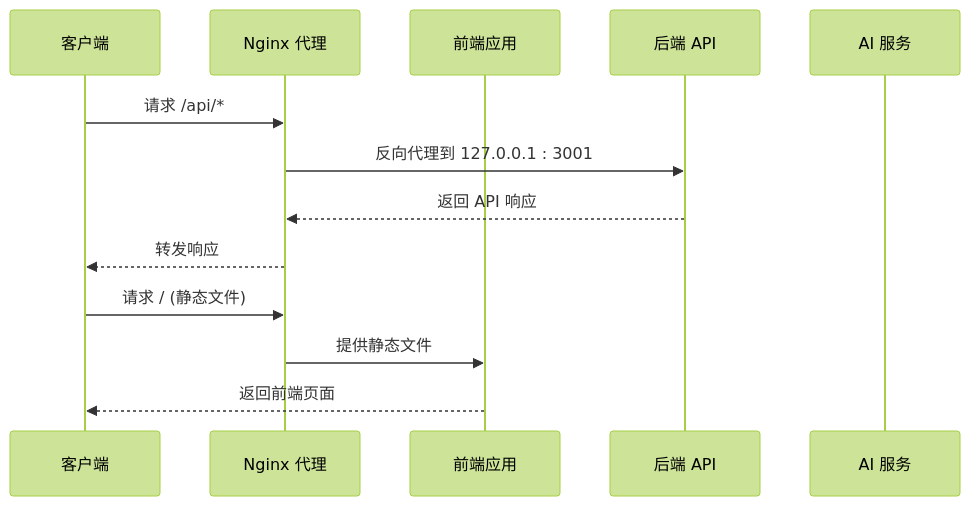
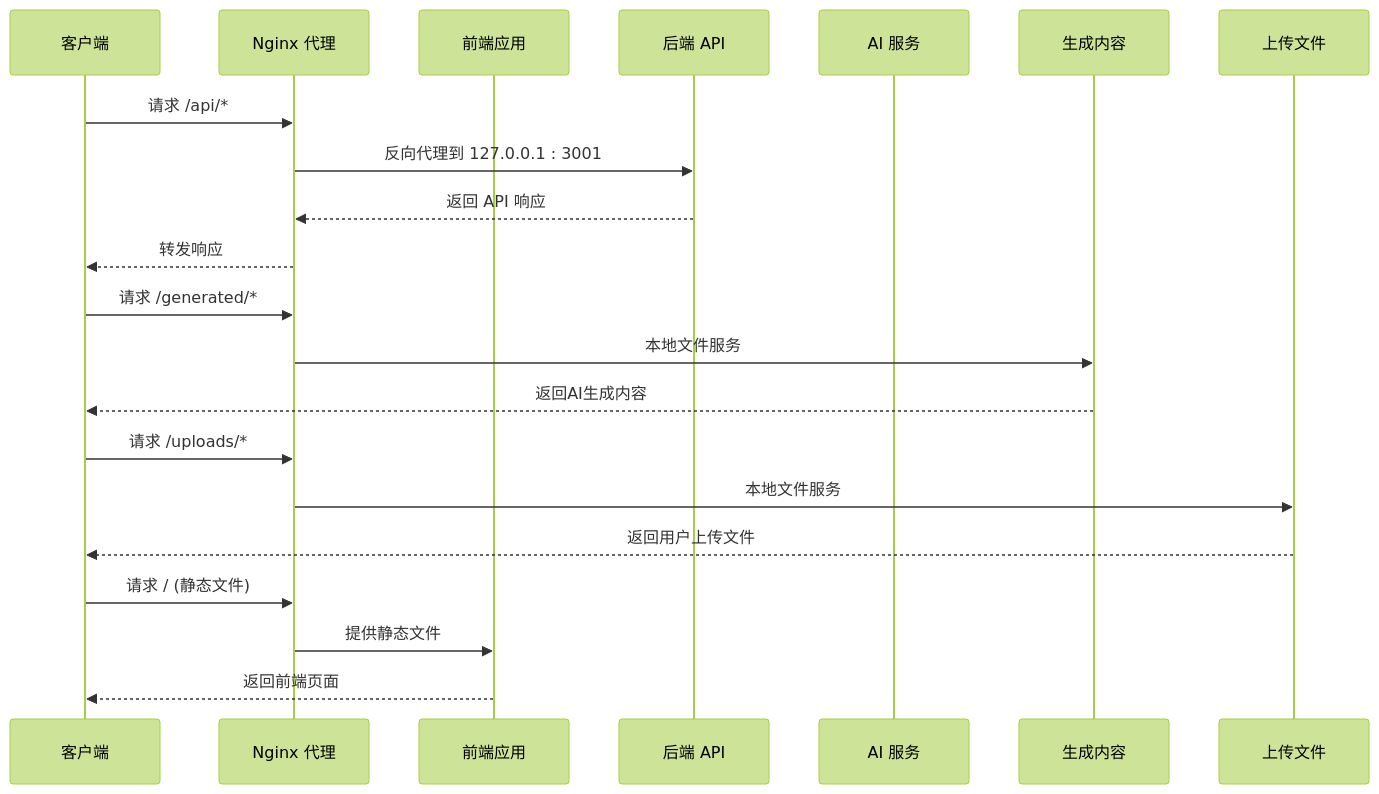
The fourth of 11 diagrams in .qoder/repowiki/zh/content/开发指南/部署基础设施.md (songdiyang/clawOperations), drawn with Mermaid (forest theme) before and after one commit. The commit also changed other lines of this file and 10 other files, not shown here.

````diff
--- a/.qoder/repowiki/zh/content/开发指南/部署基础设施.md
+++ b/.qoder/repowiki/zh/content/开发指南/部署基础设施.md
@@ -191,15 +199,23 @@
 ```mermaid
 sequenceDiagram
 participant Client as 客户端
 participant Nginx as Nginx 代理
 participant Frontend as 前端应用
 participant Backend as 后端 API
 participant AI as AI 服务
+participant Generated as 生成内容
+participant Uploads as 上传文件
 Client->>Nginx : 请求 /api/*
 Nginx->>Backend : 反向代理到 127.0.0.1 : 3001
 Backend-->>Nginx : 返回 API 响应
 Nginx-->>Client : 转发响应
+Client->>Nginx : 请求 /generated/*
+Nginx->>Generated : 本地文件服务
+Generated-->>Client : 返回AI生成内容
+Client->>Nginx : 请求 /uploads/*
+Nginx->>Uploads : 本地文件服务
+Uploads-->>Client : 返回用户上传文件
 Client->>Nginx : 请求 / (静态文件)
 Nginx->>Frontend : 提供静态文件
 Frontend-->>Client : 返回前端页面
 ```
````
